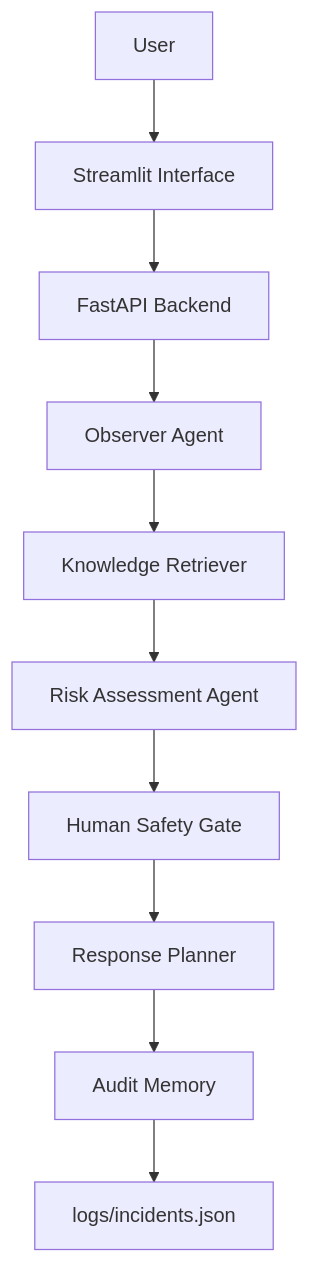
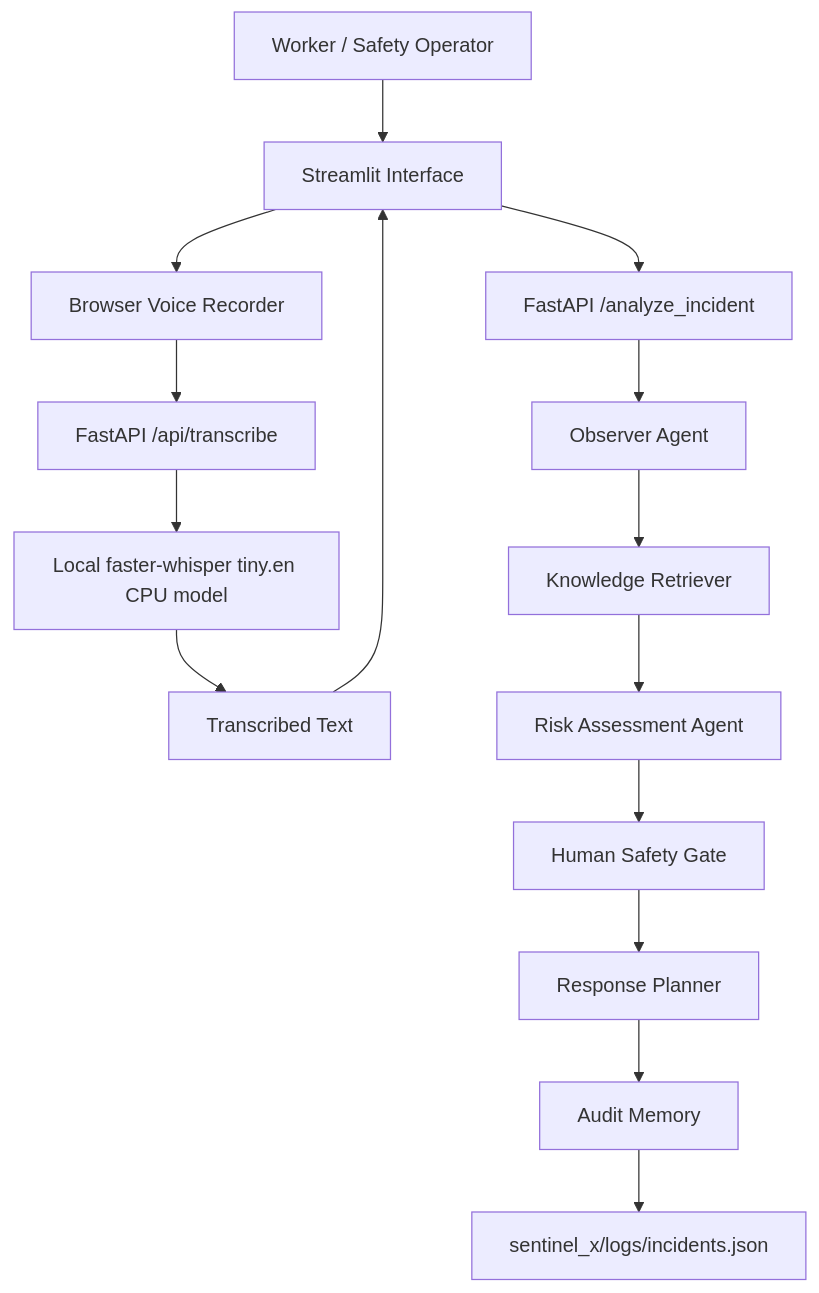
The diagram in sentinel_x/README.md (ousyu66-pixel/Hackthon), drawn with Mermaid before and after one commit. The commit also changed other lines of this file and 9 other files, not shown here.

````diff
--- a/sentinel_x/README.md
+++ b/sentinel_x/README.md
@@ -15,12 +15,17 @@
 ```mermaid
 flowchart TD
-    U["User"] --> UI["Streamlit Interface"]
-    UI --> API["FastAPI Backend"]
+    U["Worker / Safety Operator"] --> UI["Streamlit Interface"]
+    UI --> MIC["Browser Voice Recorder"]
+    MIC --> STT["FastAPI /api/transcribe"]
+    STT --> LSTT["Local faster-whisper tiny.en CPU model"]
+    LSTT --> TXT["Transcribed Text"]
+    TXT --> UI
+    UI --> API["FastAPI /analyze_incident"]
     API --> OBS["Observer Agent"]
     OBS --> RET["Knowledge Retriever"]
     RET --> RISK["Risk Assessment Agent"]
     RISK --> GATE["Human Safety Gate"]
     GATE --> PLAN["Response Planner"]
     PLAN --> MEM["Audit Memory"]
-    MEM --> LOG["logs/incidents.json"]
+    MEM --> LOG["sentinel_x/logs/incidents.json"]
 ```
````
